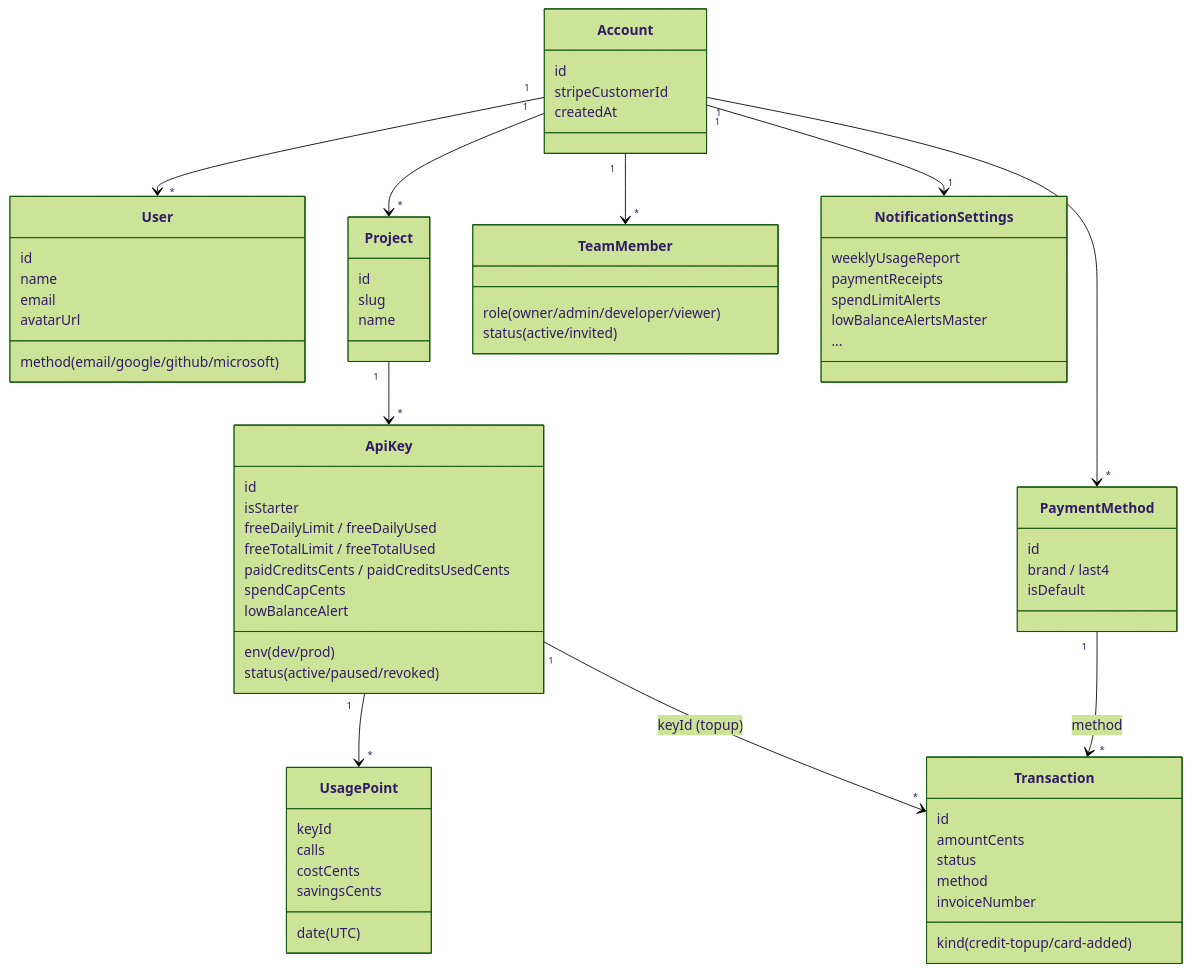
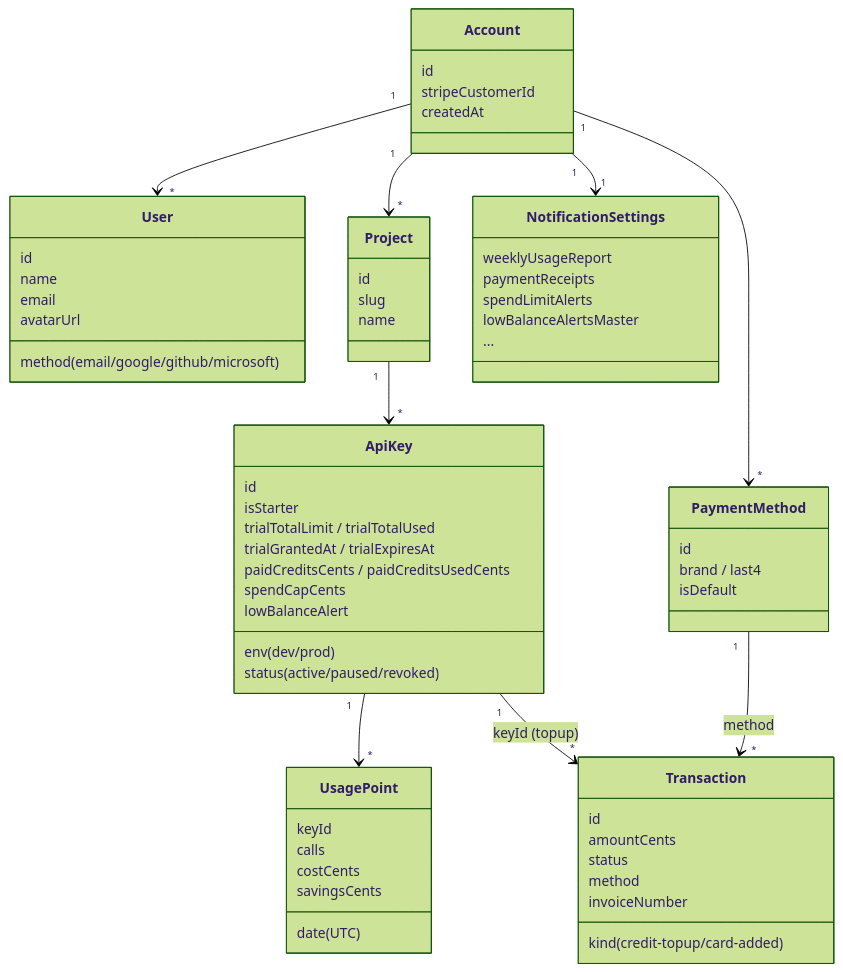
Before and after one commit to boyzhong123/mcp22: the sixth of 7 diagrams in docs/dev-en-api-spec.md, drawn with Mermaid (forest theme). The commit also changed other lines of this file and 83 other files, not shown here.

````diff
--- a/docs/dev-en-api-spec.md
+++ b/docs/dev-en-api-spec.md
@@ -227,72 +217,67 @@
 ```mermaid
 classDiagram
   class Account {
     id
     stripeCustomerId
     createdAt
   }
   class User {
     id
     name
     email
     avatarUrl
     method (email/google/github/microsoft)
   }
   class Project {
     id
     slug
     name
   }
   class ApiKey {
     id
     env (dev/prod)
     isStarter
     status (active/paused/revoked)
-    freeDailyLimit / freeDailyUsed
-    freeTotalLimit / freeTotalUsed
+    trialTotalLimit / trialTotalUsed
+    trialGrantedAt / trialExpiresAt
     paidCreditsCents / paidCreditsUsedCents
     spendCapCents
     lowBalanceAlert
   }
   class UsagePoint {
     date (UTC)
     keyId
     calls
     costCents
     savingsCents
   }
   class Transaction {
     id
     amountCents
     status
     method
     kind (credit-topup/card-added)
     invoiceNumber
   }
   class PaymentMethod {
     id
     brand / last4
     isDefault
   }
-  class TeamMember {
-    role (owner/admin/developer/viewer)
-    status (active/invited)
-  }
   class NotificationSettings {
     weeklyUsageReport
     paymentReceipts
     spendLimitAlerts
     lowBalanceAlertsMaster
     ...
   }
 
   Account "1" --> "*" User
   Account "1" --> "*" Project
-  Account "1" --> "*" TeamMember
   Account "1" --> "1" NotificationSettings
   Account "1" --> "*" PaymentMethod
   Project "1" --> "*" ApiKey
   ApiKey "1" --> "*" UsagePoint
   ApiKey "1" --> "*" Transaction : keyId (topup)
   PaymentMethod "1" --> "*" Transaction : method
 ```
````
